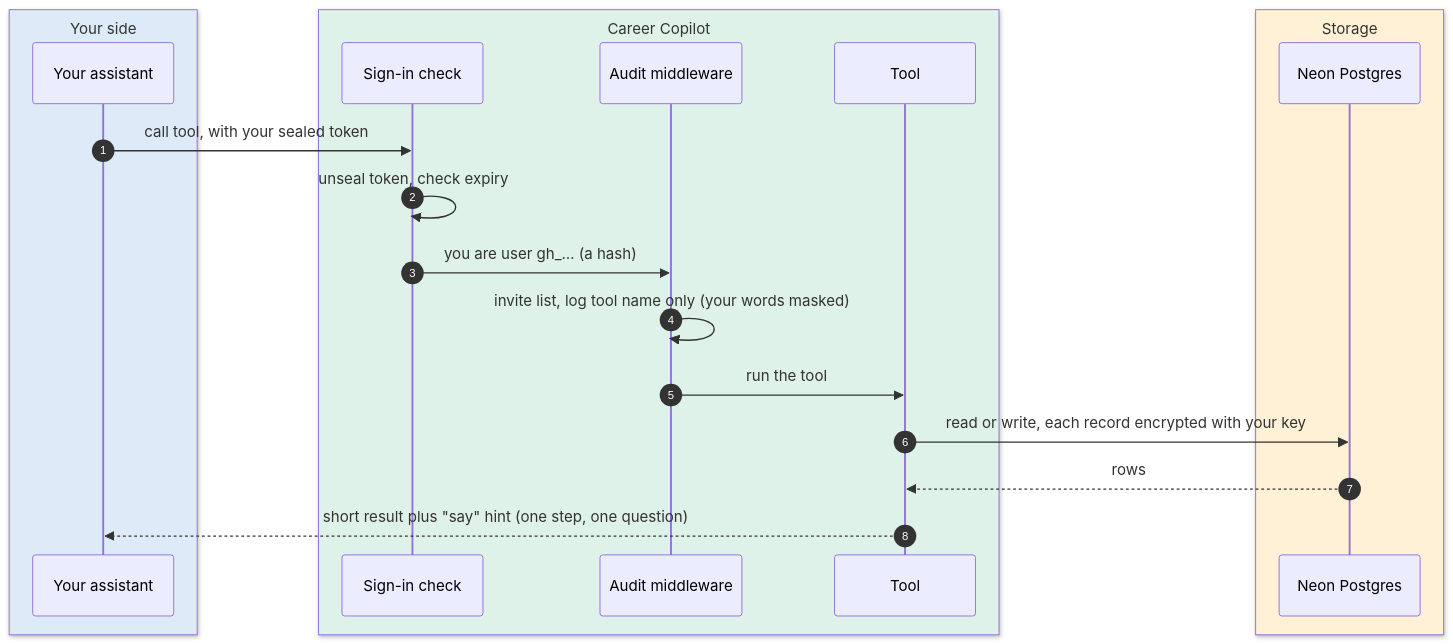
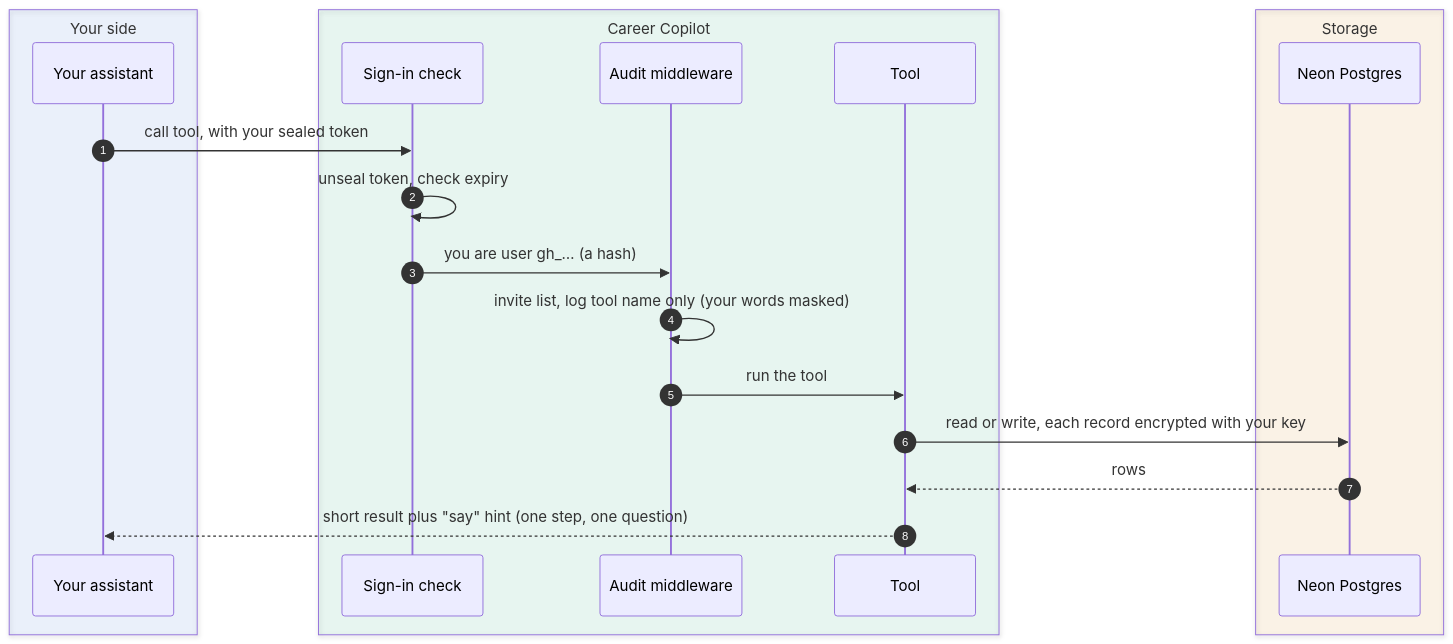
Before and after one commit to TusharSamantaray/career-copilot-mcp: the second of 8 diagrams in docs/ARCHITECTURE.md, drawn with Mermaid. The commit also changed other lines of this file and 8 other files, not shown here.

First line of the commit message:
docs: diagram palette readable on light and dark backgrounds

````diff
--- a/docs/ARCHITECTURE.md
+++ b/docs/ARCHITECTURE.md
@@ -73,23 +90,23 @@
 ```mermaid
 sequenceDiagram
   autonumber
-  box rgb(220,235,247) Your side
+  box rgba(59,130,246,0.08) Your side
     participant A as Your assistant
   end
-  box rgb(223,242,233) Career Copilot
+  box rgba(16,185,129,0.08) Career Copilot
     participant S as Sign-in check
     participant M as Audit middleware
     participant T as Tool
   end
-  box rgb(255,241,214) Storage
+  box rgba(245,158,11,0.08) Storage
     participant D as Neon Postgres
   end
   A->>S: call tool, with your sealed token
   S->>S: unseal token, check expiry
   S->>M: you are user gh_… (a hash)
   M->>M: invite list, log tool name only (your words masked)
   M->>T: run the tool
   T->>D: read or write, each record encrypted with your key
   D-->>T: rows
   T-->>A: short result plus "say" hint (one step, one question)
 ```
````
